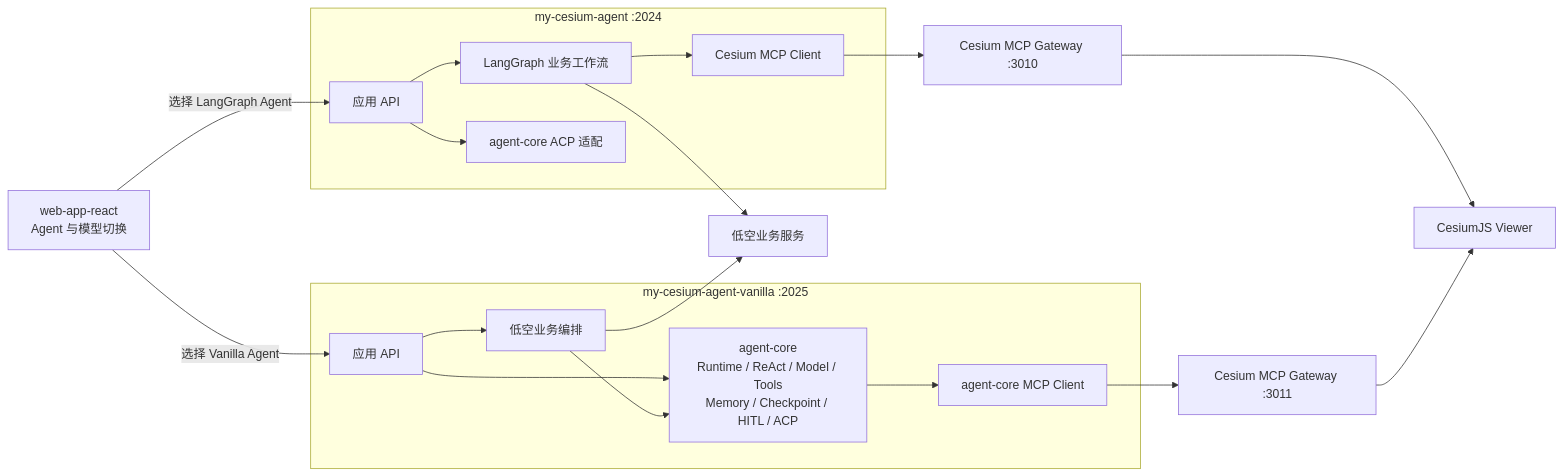
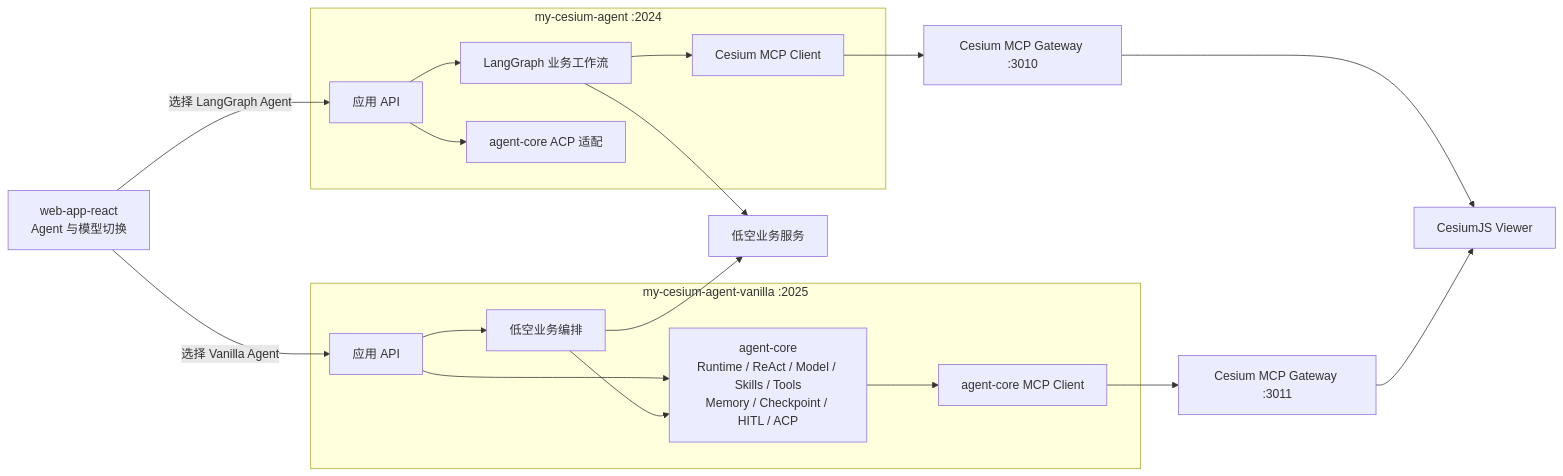
The fourth of 4 diagrams in docs/ARCHITECTURE.md (qiuzixu/agent-core), drawn with Mermaid before and after one commit. The commit also changed other lines of this file and 10 other files, not shown here.

Commit message:
feat: add agent core skill loading

````diff
--- a/docs/ARCHITECTURE.md
+++ b/docs/ARCHITECTURE.md
@@ -228,42 +236,42 @@
 ```mermaid
 flowchart LR
     WEB["web-app-react<br/>Agent 与模型切换"]
 
     subgraph LANGGRAPH["my-cesium-agent :2024"]
         LGAPI["应用 API"]
         LGFLOW["LangGraph 业务工作流"]
         LGACP["agent-core ACP 适配"]
         LGMCP["Cesium MCP Client"]
     end
 
     subgraph VANILLA["my-cesium-agent-vanilla :2025"]
         VAPI["应用 API"]
         VBUSINESS["低空业务编排"]
-        VCORE["agent-core<br/>Runtime / ReAct / Model / Tools<br/>Memory / Checkpoint / HITL / ACP"]
+        VCORE["agent-core<br/>Runtime / ReAct / Model / Skills / Tools<br/>Memory / Checkpoint / HITL / ACP"]
         VMCP["agent-core MCP Client"]
     end
 
     GW1["Cesium MCP Gateway :3010"]
     GW2["Cesium MCP Gateway :3011"]
     VIEWER["CesiumJS Viewer"]
     BUSINESSAPI["低空业务服务"]
 
     WEB -->|选择 LangGraph Agent| LGAPI
     WEB -->|选择 Vanilla Agent| VAPI
 
     LGAPI --> LGFLOW
     LGAPI --> LGACP
     LGFLOW --> LGMCP
     LGFLOW --> BUSINESSAPI
     LGMCP --> GW1
 
     VAPI --> VBUSINESS
     VAPI --> VCORE
     VBUSINESS --> VCORE
     VCORE --> VMCP
     VBUSINESS --> BUSINESSAPI
     VMCP --> GW2
 
     GW1 --> VIEWER
     GW2 --> VIEWER
 ```
````
